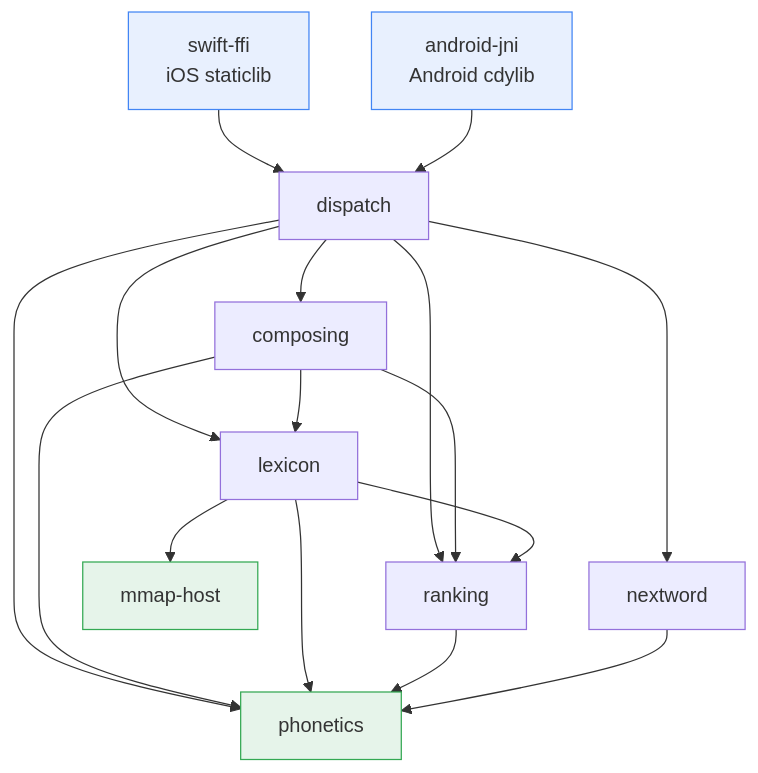
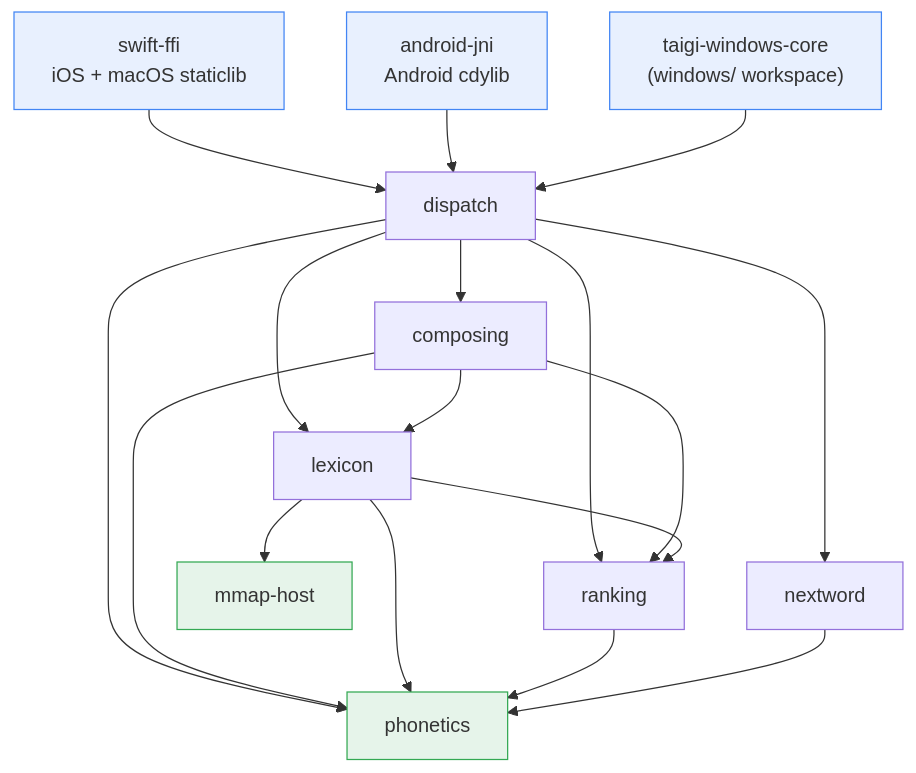
The second of 4 diagrams in docs/architecture/system-overview.md (taigikeyboard/taigikeyboard), drawn with Mermaid before and after one commit. The commit also changed other lines of this file and 44 other files, not shown here.

First line of the commit message:
docs: prune stale docs; delete 7 superseded files, refresh architecture to four platforms

````diff
--- a/docs/architecture/system-overview.md
+++ b/docs/architecture/system-overview.md
@@ -54,23 +64,24 @@
 ```mermaid
 graph TD
-    swiftffi["swift-ffi<br/>iOS staticlib"] --> dispatch
+    swiftffi["swift-ffi<br/>iOS + macOS staticlib"] --> dispatch
     androidjni["android-jni<br/>Android cdylib"] --> dispatch
+    wincore["taigi-windows-core<br/>(windows/ workspace)"] --> dispatch
     dispatch --> composing
     dispatch --> lexicon
     dispatch --> ranking
     dispatch --> nextword
     dispatch --> phonetics
     composing --> lexicon
     composing --> ranking
     composing --> phonetics
     lexicon --> ranking
     lexicon --> phonetics
     lexicon --> mmaphost["mmap-host"]
     ranking --> phonetics
     nextword --> phonetics
 
     classDef adapter fill:#e8f0fe,stroke:#4285f4;
     classDef leaf fill:#e6f4ea,stroke:#34a853;
-    class swiftffi,androidjni adapter;
+    class swiftffi,androidjni,wincore adapter;
     class phonetics,mmaphost leaf;
 ```
````
